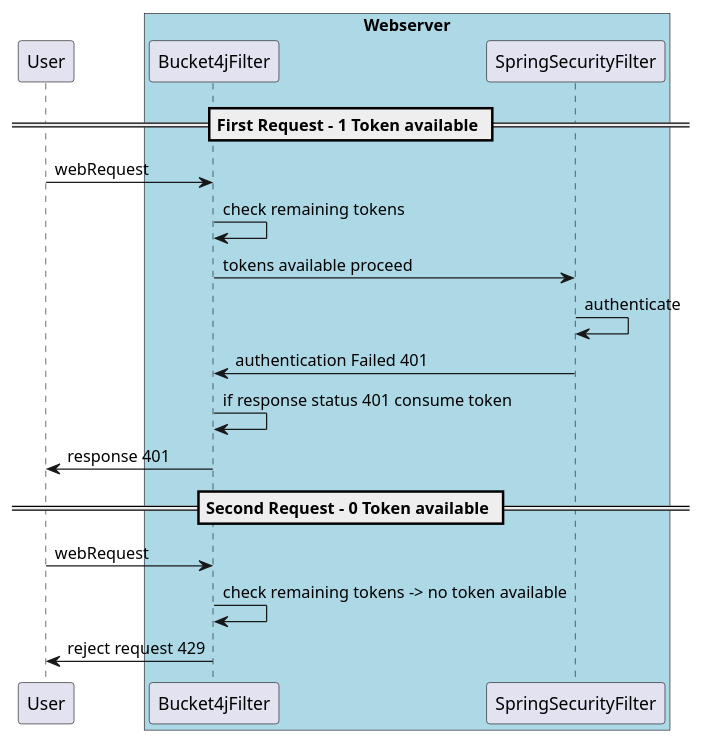
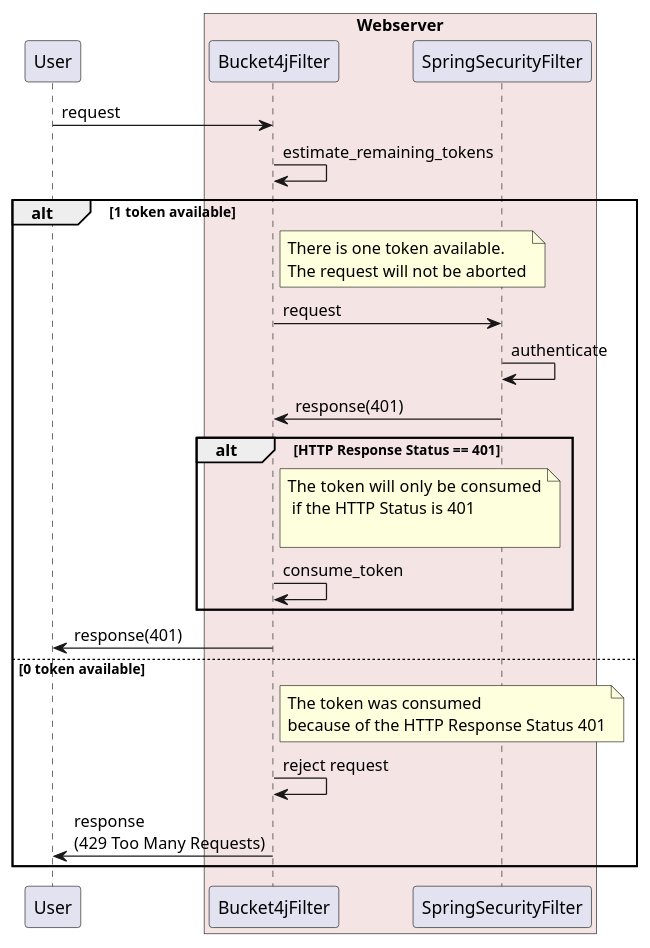
The diagram in src/main/doc/plantuml/post_execution_condition.plantuml (MarcGiffing/bucket4j-spring-boot-starter), drawn with PlantUML before and after one commit. The commit also changed 2 other files, not shown here.

```diff
--- a/src/main/doc/plantuml/post_execution_condition.plantuml
+++ b/src/main/doc/plantuml/post_execution_condition.plantuml
@@ -1,30 +1,35 @@
 @startuml
 
-== First Request - 1 Token available ==
+User -> Bucket4jFilter: request
 
-User -> Bucket4jFilter: webRequest
-box "Webserver" #LightBlue
-participant Bucket4jFilter
-participant SpringSecurityFilter
+box "Webserver" #f5e4e4
 
-Bucket4jFilter -> Bucket4jFilter : check remaining tokens
-Bucket4jFilter -> SpringSecurityFilter : tokens available proceed
-SpringSecurityFilter -> SpringSecurityFilter : authenticate
-SpringSecurityFilter -> Bucket4jFilter : authentication Failed 401
-Bucket4jFilter -> Bucket4jFilter : if response status 401 consume token
-Bucket4jFilter -> User : response 401
+    Bucket4jFilter -> Bucket4jFilter : estimate_remaining_tokens
+    participant Bucket4jFilter
+    participant SpringSecurityFilter
+    alt 1 token available
+
+        note right of Bucket4jFilter: There is one token available. \nThe request will not be aborted
+        Bucket4jFilter -> SpringSecurityFilter : request
+        SpringSecurityFilter -> SpringSecurityFilter : authenticate
+        SpringSecurityFilter -> Bucket4jFilter : response(401)
+        alt HTTP Response Status == 401
+            note right of Bucket4jFilter: The token will only  be consumed\n if the HTTP Status is 401\n
+            Bucket4jFilter -> Bucket4jFilter : consume_token
+        end
+        Bucket4jFilter -> User : response(401)
+
+    else 0 token available
+        note right of Bucket4jFilter: The token was consumed \nbecause of the HTTP Response Status 401
+        Bucket4jFilter -> Bucket4jFilter : reject request
+        Bucket4jFilter -> User : response\n(429 Too Many Requests)
+    end
+
+
+
+
+
 end box
 
-== Second Request - 0 Token available ==
-
-
-User -> Bucket4jFilter: webRequest
-box "Webserver" #LightBlue
-participant Bucket4jFilter
-participant SpringSecurityFilter
-
-Bucket4jFilter -> Bucket4jFilter : check remaining tokens -> no token available
-Bucket4jFilter -> User : reject request 429
-end box
 
 @enduml
```
